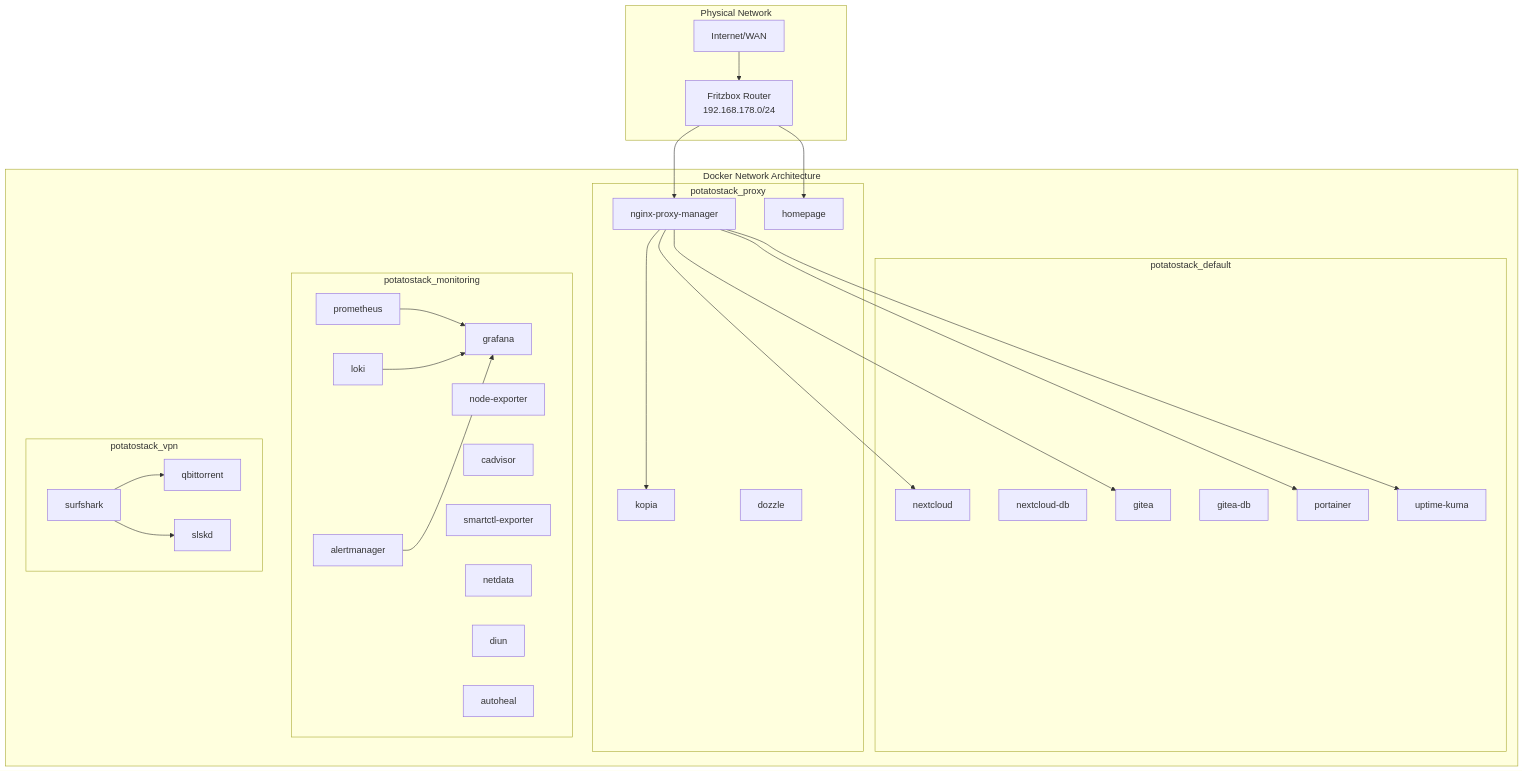
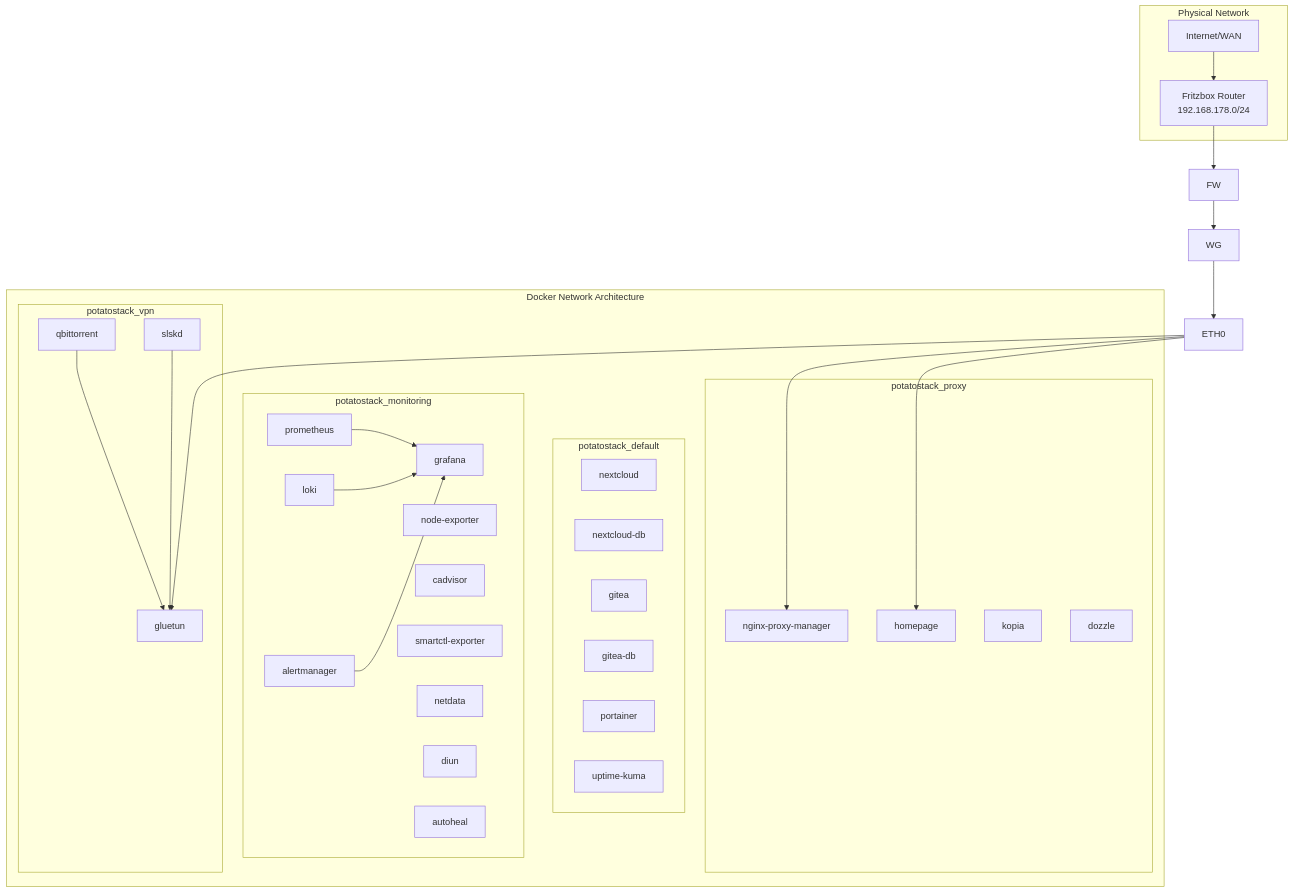
One commit to fishingpvalues/potatostack changed the sixth of 10 diagrams in docs/ENTERPRISE_ARCHITECTURE.md. Above: the diagram before and after it, drawn with Mermaid. The commit also changed other lines of this file and 8 other files, not shown here.

Commit message:
Increase resource limits for services and update documentation to reflect changes in VPN service from Surfshark to Gluetun.

````diff
--- a/docs/ENTERPRISE_ARCHITECTURE.md
+++ b/docs/ENTERPRISE_ARCHITECTURE.md
@@ -372,61 +372,60 @@
 ```mermaid
 graph TB
     subgraph "Physical Network"
         WAN[Internet/WAN]
         ROUTER[Fritzbox Router<br/>192.168.178.0/24]
     end
     
     subgraph "Docker Network Architecture"
         subgraph "potatostack_default"
             NC[nextcloud]
             NCDB[nextcloud-db]
             GT[gitea]
             GTDB[gitea-db]
             PE[portainer]
             UK[uptime-kuma]
         end
         
         subgraph "potatostack_proxy"
             NPM[nginx-proxy-manager]
             HP[homepage]
             KOP[kopia]
             DW[dozzle]
         end
         
         subgraph "potatostack_monitoring"
             PM[prometheus]
             GF[grafana]
             LK[loki]
             AM[alertmanager]
             NE[node-exporter]
             CA[cadvisor]
             SE[smartctl-exporter]
             NETD[netdata]
             DN[diun]
             AH[autoheal]
         end
         
         subgraph "potatostack_vpn"
-            VPN[surfshark]
+            VPN[gluetun]
             QBT[qbittorrent]
             SLSK[slskd]
         end
     end
     
     WAN --> ROUTER
-    ROUTER --> NPM
-    ROUTER --> HP
+    ROUTER --> FW
+    FW --> WG
+    WG --> ETH0
     
-    NPM --> NC
-    NPM --> GT
-    NPM --> KOP
-    NPM --> PE
-    NPM --> UK
+    ETH0 --> VPN
+    ETH0 --> NPM
+    ETH0 --> HP
     
-    VPN --> QBT
-    VPN --> SLSK
+    QBT --> VPN
+    SLSK --> VPN
     
     PM --> GF
     LK --> GF
     AM --> GF
 ```
````
